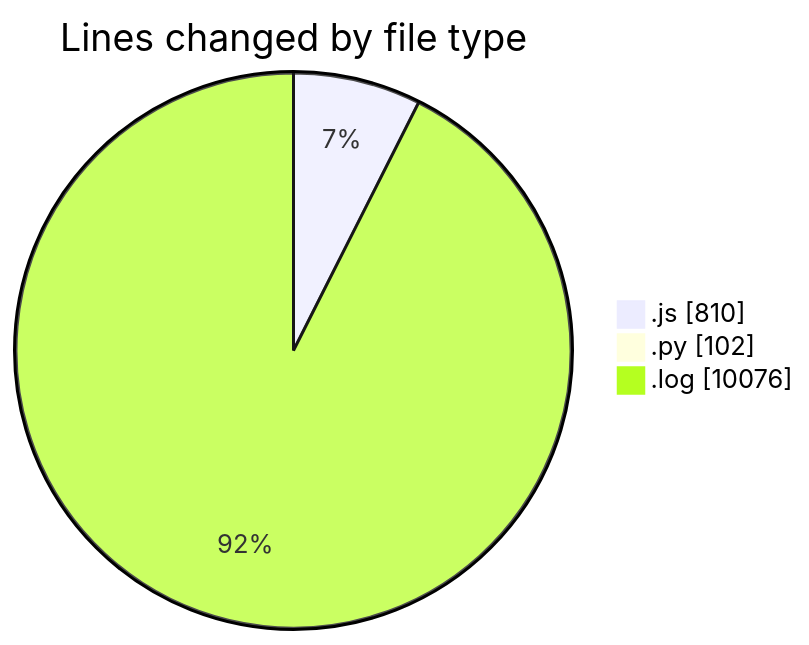
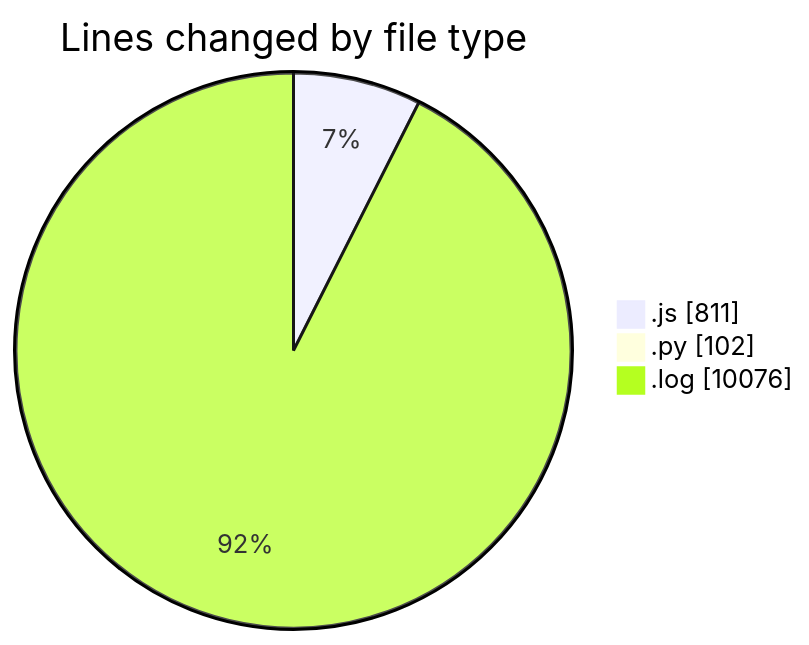
One commit to nxtqubesakshisongat/code-tracking changed the first of 2 diagrams in 2025-04-14/nxtqube_webapp/README.md. Above: the diagram before and after it, drawn with Mermaid. The commit also changed other lines of this file and 1 other file, not shown here.

````diff
--- a/2025-04-14/nxtqube_webapp/README.md
+++ b/2025-04-14/nxtqube_webapp/README.md
@@ -22,7 +22,7 @@
 ```mermaid
 pie showData
 title Lines changed by file type
-".js" : 810
+".js" : 811
 ".py" : 102
 ".log" : 10076
 ```
````
